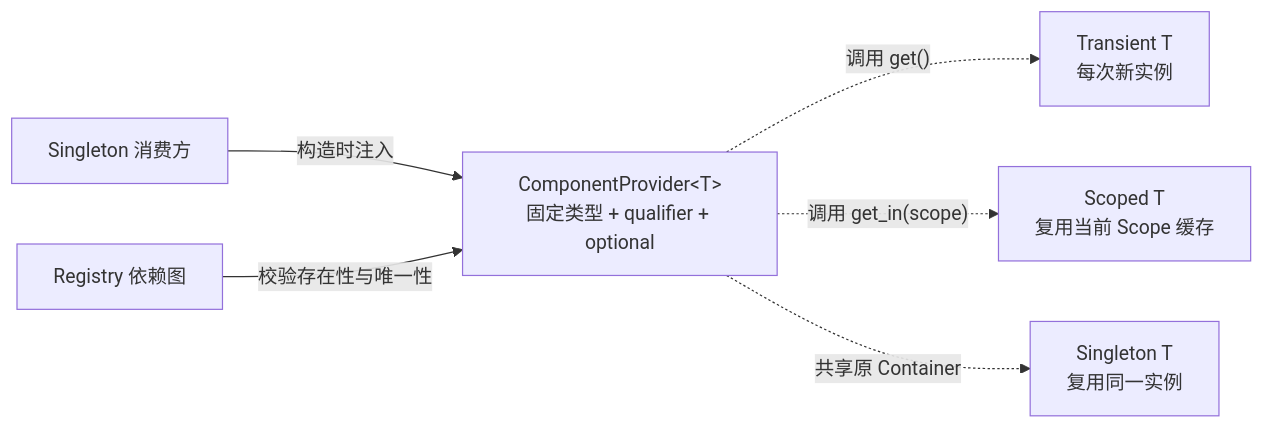
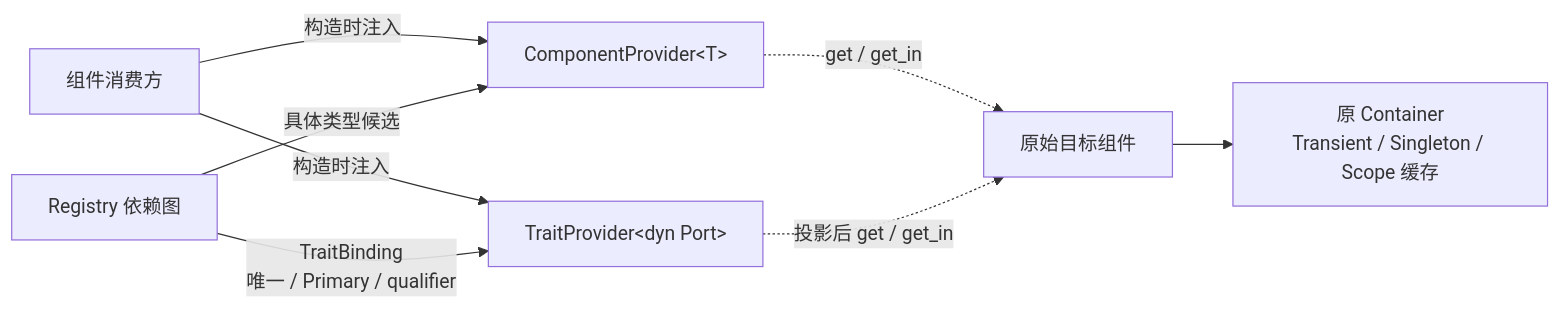
One commit to easy-4-rust/vernal changed the sixth of 22 diagrams in docs/Vernal-Architecture.zh_CN.md. Above: the diagram before and after it, drawn with Mermaid. The commit also changed other lines of this file and 18 other files, not shown here.

````diff
--- a/docs/Vernal-Architecture.zh_CN.md
+++ b/docs/Vernal-Architecture.zh_CN.md
@@ -393,8 +397,10 @@
 ```mermaid
 flowchart LR
-    Consumer["Singleton 消费方"] -->|"构造时注入"| Provider["ComponentProvider&lt;T&gt;<br/>固定类型 + qualifier + optional"]
-    Graph["Registry 依赖图"] -->|"校验存在性与唯一性"| Provider
-    Provider -. "调用 get()" .-> Transient["Transient T<br/>每次新实例"]
-    Provider -. "调用 get_in(scope)" .-> Scoped["Scoped T<br/>复用当前 Scope 缓存"]
-    Provider -. "共享原 Container" .-> Singleton["Singleton T<br/>复用同一实例"]
+    Consumer["组件消费方"] -->|"构造时注入"| Concrete["ComponentProvider&lt;T&gt;"]
+    Consumer -->|"构造时注入"| Trait["TraitProvider&lt;dyn Port&gt;"]
+    Graph["Registry 依赖图"] -->|"具体类型候选"| Concrete
+    Graph -->|"TraitBinding<br/>唯一 / Primary / qualifier"| Trait
+    Concrete -. "get / get_in" .-> Target["原始目标组件"]
+    Trait -. "投影后 get / get_in" .-> Target
+    Target --> Cache["原 Container<br/>Transient / Singleton / Scope 缓存"]
 ```
````
